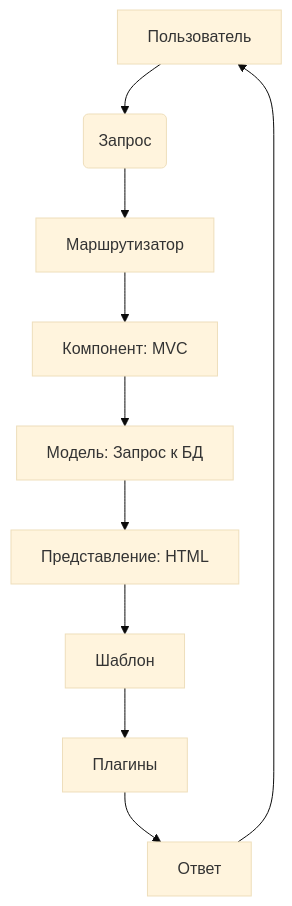
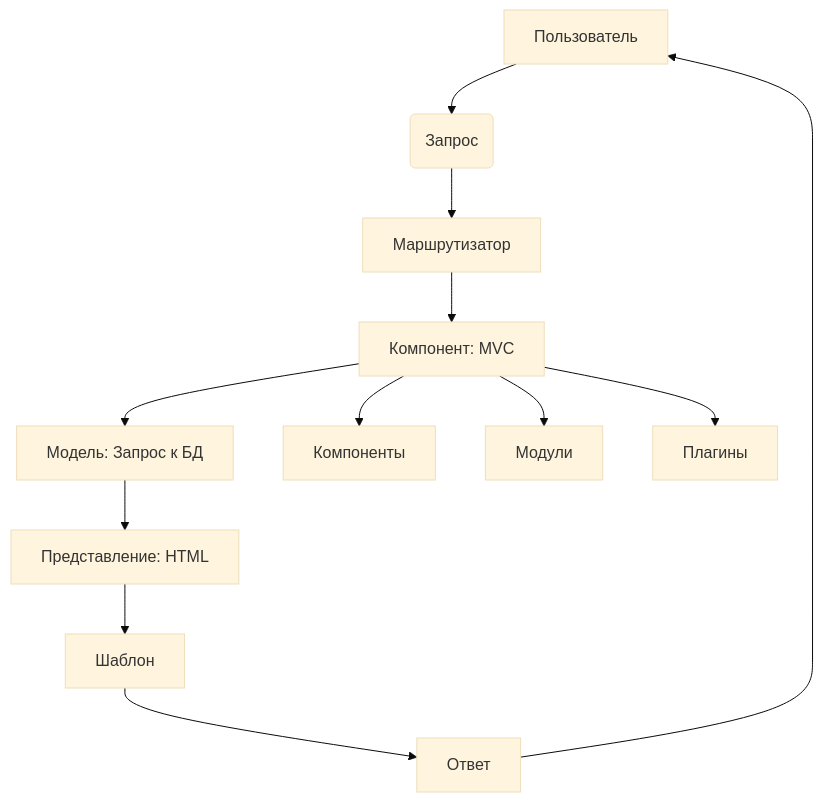
Before and after one commit to flexis-labs/flexis-app: the diagram in README.md, drawn with Mermaid (base theme).

````diff
--- a/README.md
+++ b/README.md
@@ -6,12 +6,18 @@
 ```mermaid
 flowchart TD
     A[Пользователь] --> B(Запрос)
     B --> C[Маршрутизатор]
     C --> D[Компонент: MVC]
+    
     D --> E[Модель: Запрос к БД]
     E --> F[Представление: HTML]
     F --> G[Шаблон]
-    G --> H[Плагины]
-    H --> I[Ответ]
+    G --> I[Ответ]
     I --> A
+
+    %% Добавленная группа компонентов, модулей и плагинов
+    
+    D --> K[Компоненты]
+    D --> L[Модули]
+    D --> M[Плагины]
 ```
````
